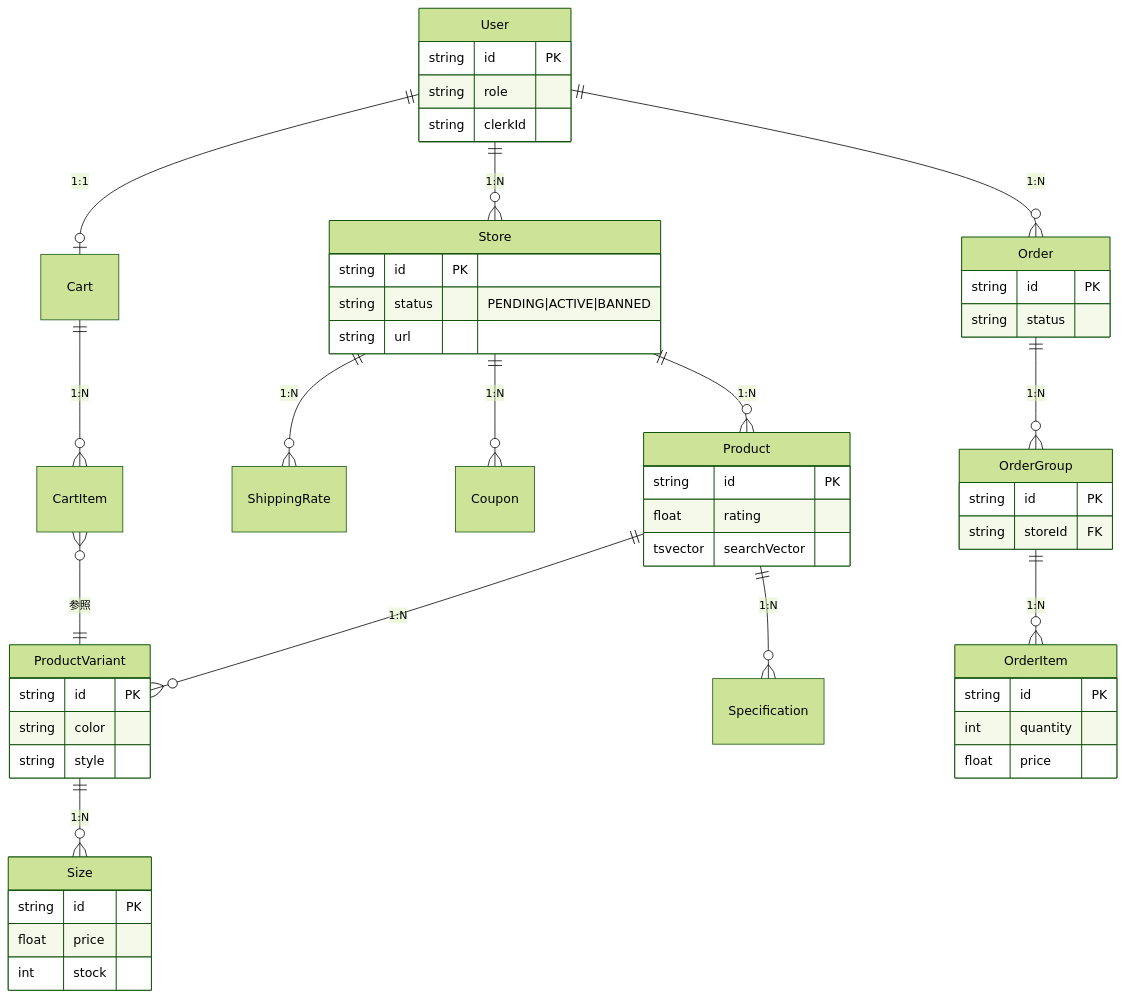
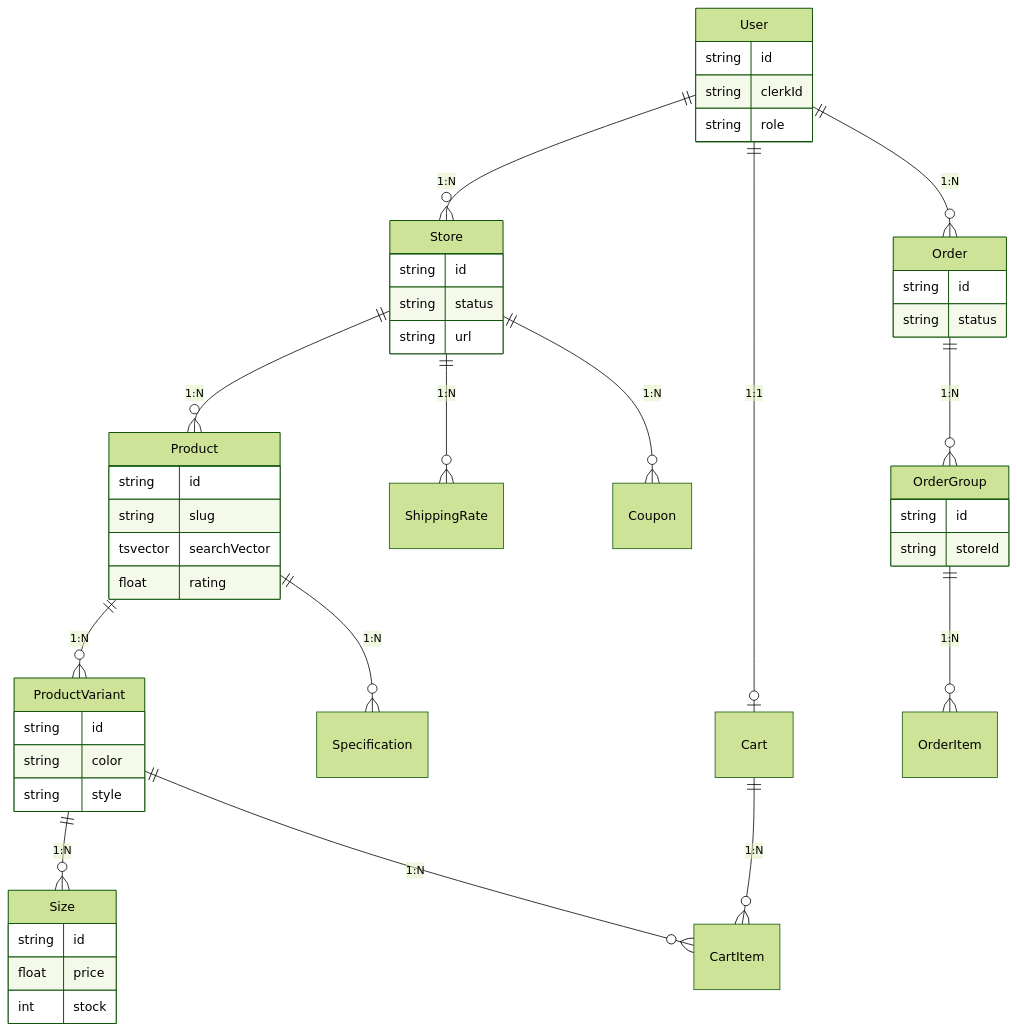
One commit to myoshi2891/Multi-Vendor-E-Commerce changed the sixth of 8 diagrams in README.md. Above: the diagram before and after it, drawn with Mermaid (forest theme). The commit also changed other lines of this file, not shown here.

````diff
--- a/README.md
+++ b/README.md
@@ -425,60 +377,56 @@
 ```mermaid
 erDiagram
     User ||--o{ Store : "1:N"
     User ||--o| Cart : "1:1"
     User ||--o{ Order : "1:N"
 
     Store ||--o{ Product : "1:N"
     Store ||--o{ ShippingRate : "1:N"
     Store ||--o{ Coupon : "1:N"
 
     Product ||--o{ ProductVariant : "1:N"
     Product ||--o{ Specification : "1:N"
 
     ProductVariant ||--o{ Size : "1:N"
+    ProductVariant ||--o{ CartItem : "1:N"
 
     Cart ||--o{ CartItem : "1:N"
-    CartItem }o--|| ProductVariant : "参照"
 
     Order ||--o{ OrderGroup : "1:N"
     OrderGroup ||--o{ OrderItem : "1:N"
 
     User {
-        string id PK
+        string id
+        string clerkId
         string role
-        string clerkId
     }
     Store {
-        string id PK
-        string status "PENDING|ACTIVE|BANNED"
+        string id
+        string status
         string url
     }
     Product {
-        string id PK
+        string id
+        string slug
+        tsvector searchVector
         float rating
-        tsvector searchVector
     }
     ProductVariant {
-        string id PK
+        string id
         string color
         string style
     }
     Size {
-        string id PK
+        string id
         float price
         int stock
     }
     Order {
-        string id PK
+        string id
         string status
     }
     OrderGroup {
-        string id PK
-        string storeId FK
-    }
-    OrderItem {
-        string id PK
-        int quantity
-        float price
+        string id
+        string storeId
     }
 ```
````
